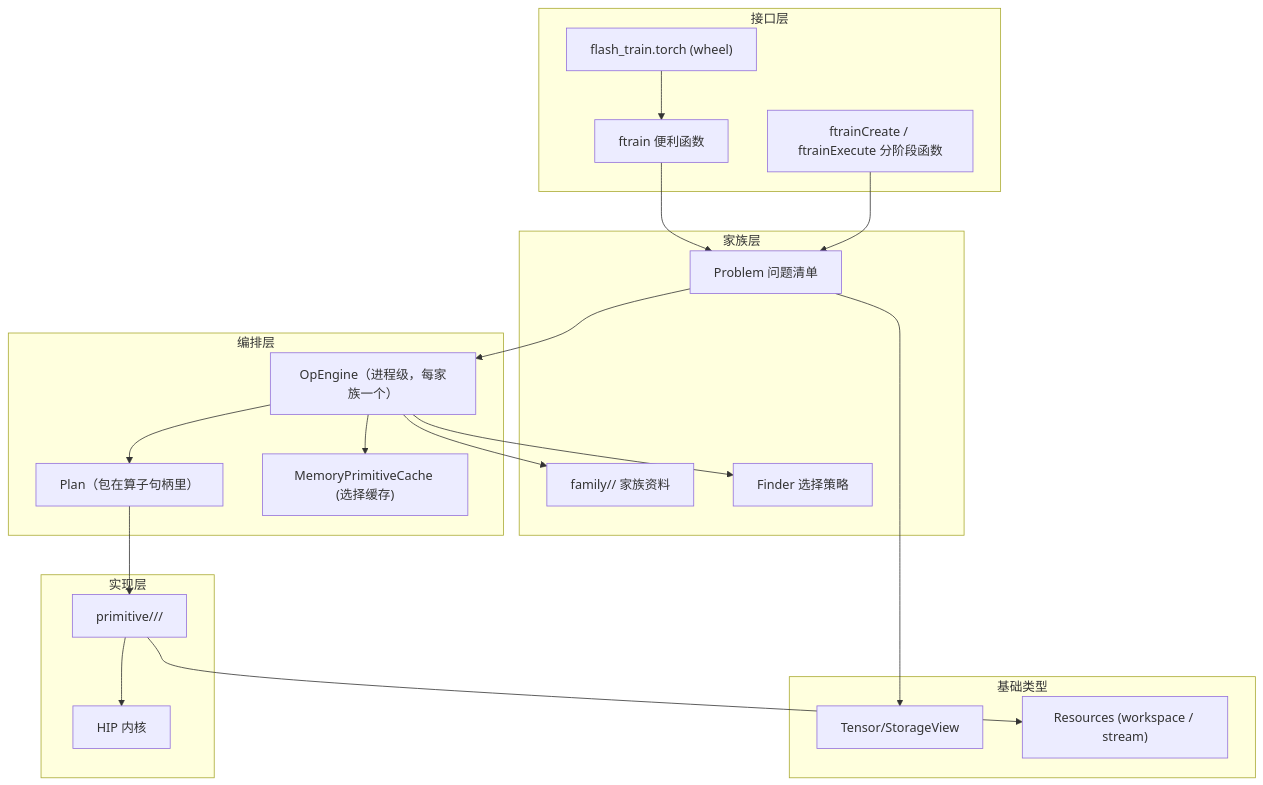
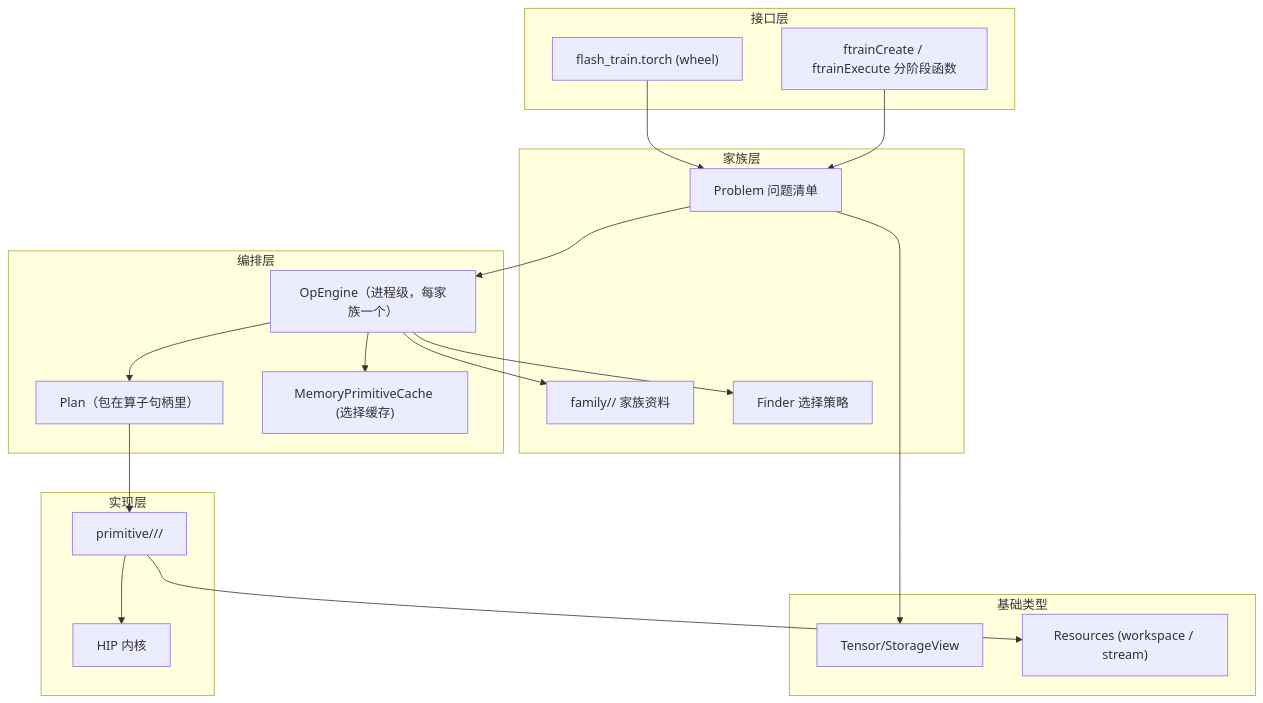
Before and after one commit to HYGON-AI/flash-train: the first of 2 diagrams in docs/architecture.md, drawn with Mermaid. The commit also changed other lines of this file and 20 other files, not shown here.

````diff
--- a/docs/architecture.md
+++ b/docs/architecture.md
@@ -7,36 +7,34 @@
 ```mermaid
 flowchart TB
     subgraph 接口层
         TORCH["flash_train.torch (wheel)"]
-        CONV["ftrain<Op> 便利函数"]
         STAGED["ftrain<Op>Create / ftrain<Op>Execute 分阶段函数"]
     end
     subgraph 编排层
         PLAN["Plan（包在算子句柄里）"]
         ENGINE["OpEngine（进程级，每家族一个）"]
         CACHE["MemoryPrimitiveCache (选择缓存)"]
     end
     subgraph 家族层
         FAM["family/<op>/ 家族资料"]
         PROB["<Op>Problem 问题清单"]
         FINDER["Finder 选择策略"]
     end
     subgraph 实现层
         PRIM["primitive/<platform>/<op>/"]
         KERNEL["HIP 内核"]
     end
     subgraph 基础类型
         T["Tensor/StorageView"]
         R["Resources (workspace / stream)"]
     end
-    TORCH --> CONV
-    CONV --> PROB
+    TORCH --> PROB
     STAGED --> PROB
     PROB --> ENGINE
     ENGINE --> PLAN
     ENGINE --> FAM & FINDER & CACHE
     PLAN --> PRIM
     PRIM --> KERNEL
     PROB --> T
     PRIM --> R
 ```
````
